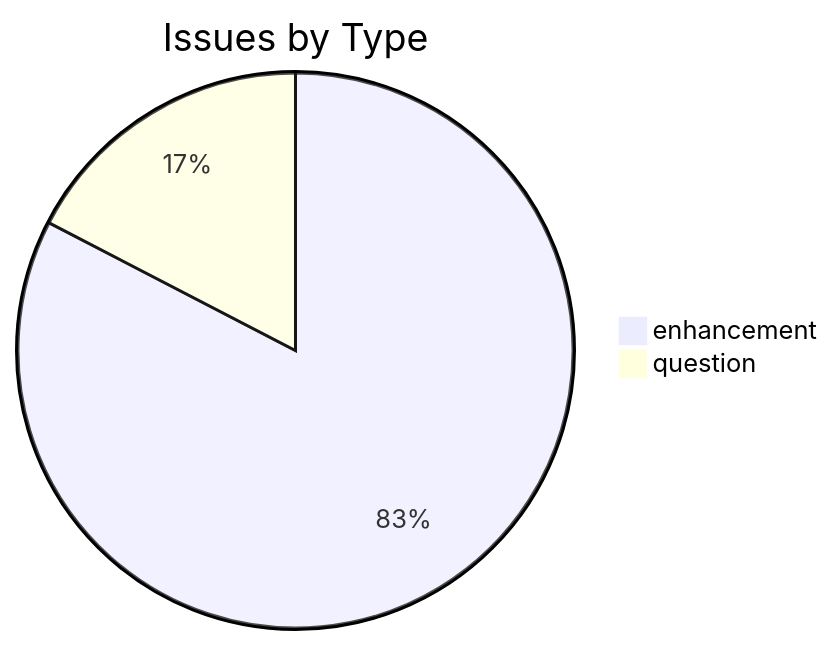
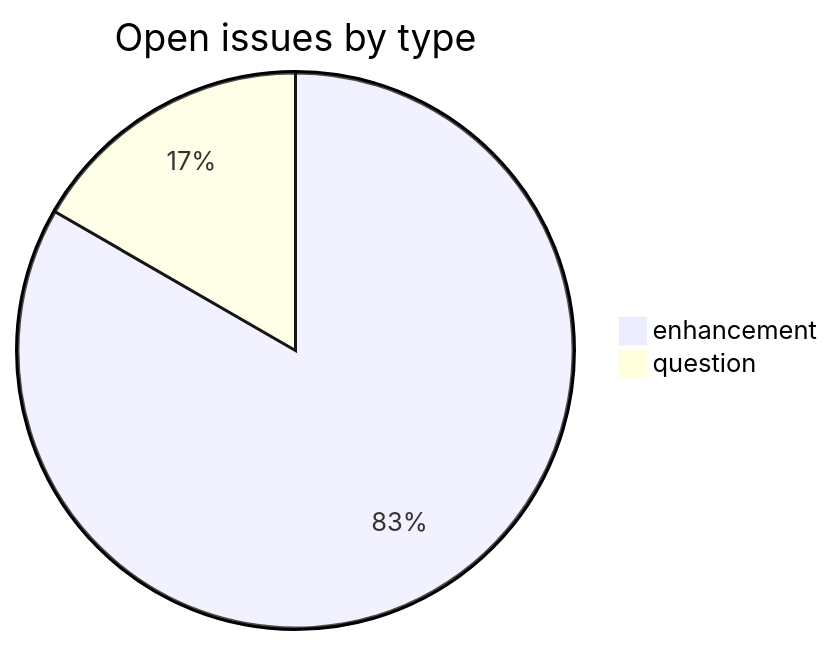
One commit to sanskrit-lexicon/MWinflect changed the first of 2 diagrams in README.md. Above: the diagram before and after it, drawn with Mermaid. The commit also changed other lines of this file, not shown here.

````diff
--- a/README.md
+++ b/README.md
@@ -17,5 +29,5 @@
 ```mermaid
-pie title Issues by Type
-    "enhancement" : 38
+pie title Open issues by type
+    "enhancement" : 40
     "question" : 8
 ```
````
